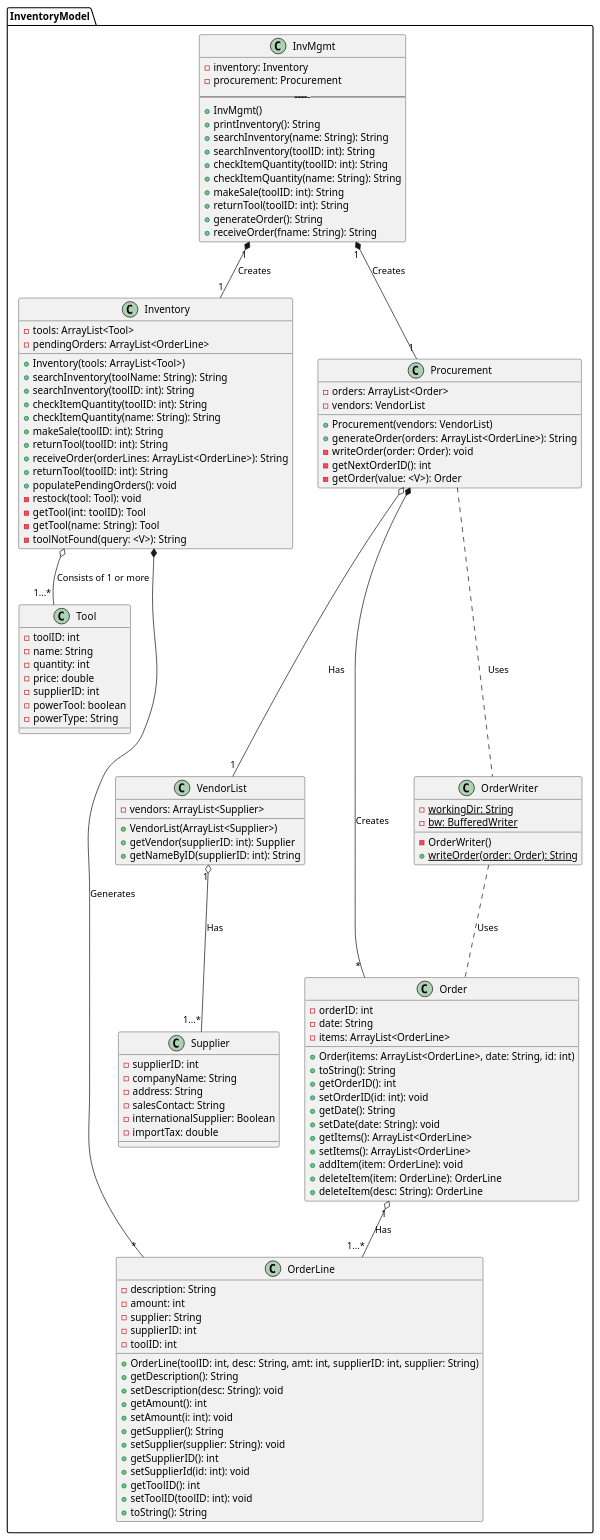
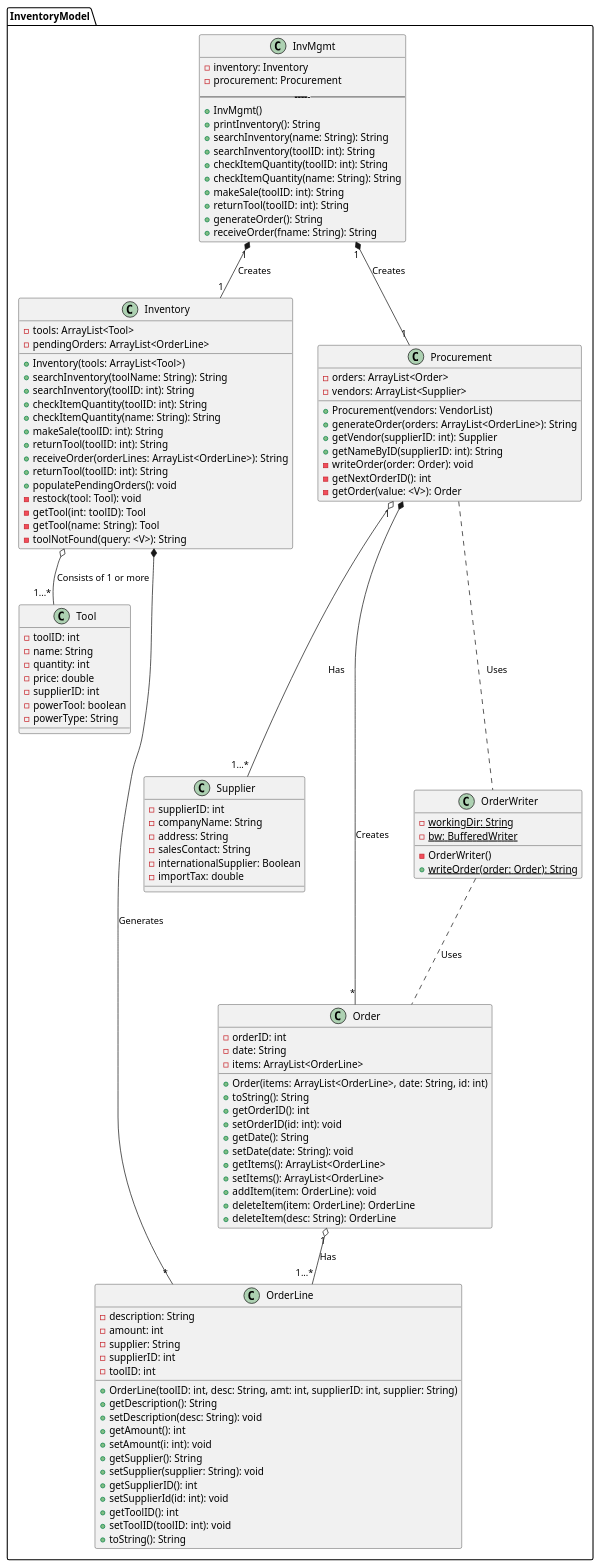
Before and after one commit to mklasby/MVC-Distributed-Inventory-Management: the diagram in UML Models/InventoryModel.md, drawn with PlantUML. The commit also changed 2 other files, not shown here.

Commit message:
uml progres

```diff
--- a/UML Models/InventoryModel.md
+++ b/UML Models/InventoryModel.md
@@ -50,21 +50,15 @@
 
 class Procurement {
     -orders: ArrayList<Order>
-    -vendors: VendorList
+    -vendors: ArrayList<Supplier>
 
     +Procurement(vendors: VendorList)
     +generateOrder(orders: ArrayList<OrderLine>): String
+    +getVendor(supplierID: int): Supplier
+    +getNameByID(supplierID: int): String
     -writeOrder(order: Order): void
     -getNextOrderID(): int
     -getOrder(value: <V>): Order
-}
-
-class VendorList{
-    -vendors: ArrayList<Supplier>
-
-    +VendorList(ArrayList<Supplier>)
-    +getVendor(supplierID: int): Supplier
-    +getNameByID(supplierID: int): String
 }
 
 class Supplier{
@@ -125,9 +119,8 @@
 }
 
 Procurement ... OrderWriter: Uses
-Procurement o--- "1" VendorList: Has 
 Procurement *--- "*" Order: Creates
-VendorList "1" o--- "1...*" Supplier: Has 
+Procurement "1" o--- "1...*" Supplier: Has 
 Inventory o-- "1...*" Tool: Consists of 1 or more
 Inventory  *--- "*" OrderLine: Generates
 InvMgmt "1" *-- "1" Inventory: Creates
```
